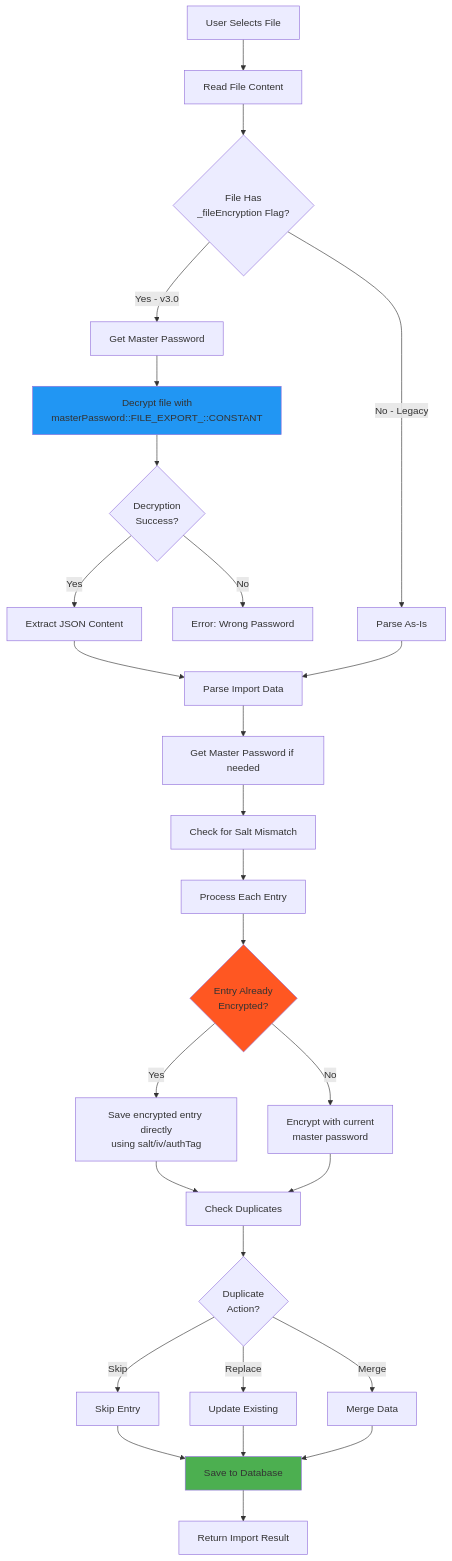
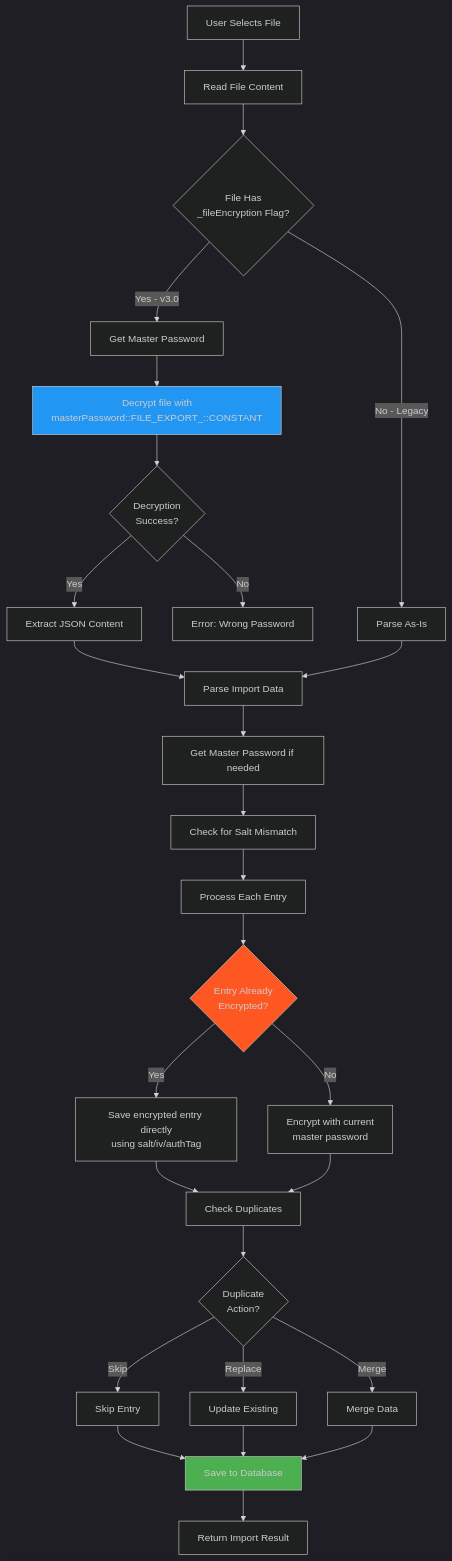
Diagram 15 of 17 in PasswordEpic.md (TuPhung369/PasswordEpic), drawn with Mermaid before and after one commit. The commit also changed other lines of this file, not shown here.

````diff
--- a/PasswordEpic.md
+++ b/PasswordEpic.md
@@ -1704,43 +1726,44 @@
 ```mermaid
+%%{init: {'theme': 'dark'}}%%
 flowchart TD
     A[User Selects File] --> B[Read File Content]
     B --> C{File Has<br/>_fileEncryption Flag?}
-    
+
     C -->|Yes - v3.0| D[Get Master Password]
     C -->|No - Legacy| E[Parse As-Is]
-    
+
     D --> F[Decrypt file with<br/>masterPassword::FILE_EXPORT_::CONSTANT]
     F --> G{Decryption<br/>Success?}
     G -->|Yes| H[Extract JSON Content]
     G -->|No| I[Error: Wrong Password]
-    
+
     H --> J[Parse Import Data]
     E --> J
-    
+
     J --> K[Get Master Password if needed]
     K --> L[Check for Salt Mismatch]
-    
+
     L --> M[Process Each Entry]
     M --> N{Entry Already<br/>Encrypted?}
-    
+
     N -->|Yes| O[Save encrypted entry directly<br/>using salt/iv/authTag]
     N -->|No| P[Encrypt with current<br/>master password]
-    
+
     O --> Q[Check Duplicates]
     P --> Q
-    
+
     Q --> R{Duplicate<br/>Action?}
     R -->|Skip| S[Skip Entry]
     R -->|Replace| T[Update Existing]
     R -->|Merge| U[Merge Data]
-    
+
     S --> V[Save to Database]
     T --> V
     U --> V
-    
+
     V --> W[Return Import Result]
-    
+
     style F fill:#2196F3
     style N fill:#FF5722
     style V fill:#4CAF50
 ```
````
